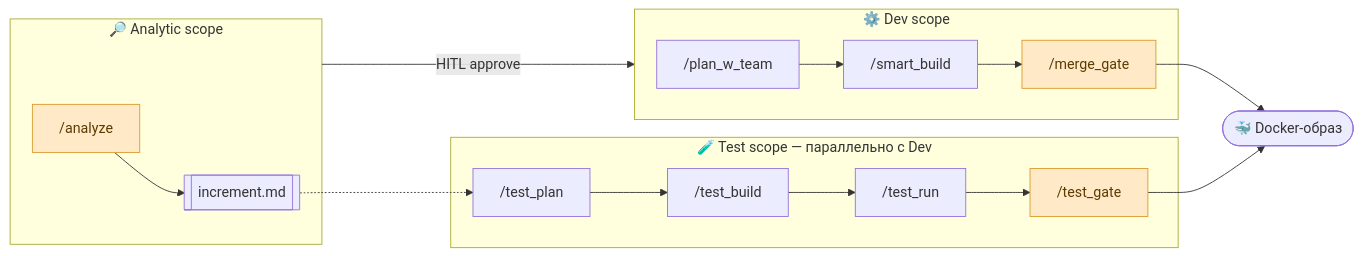
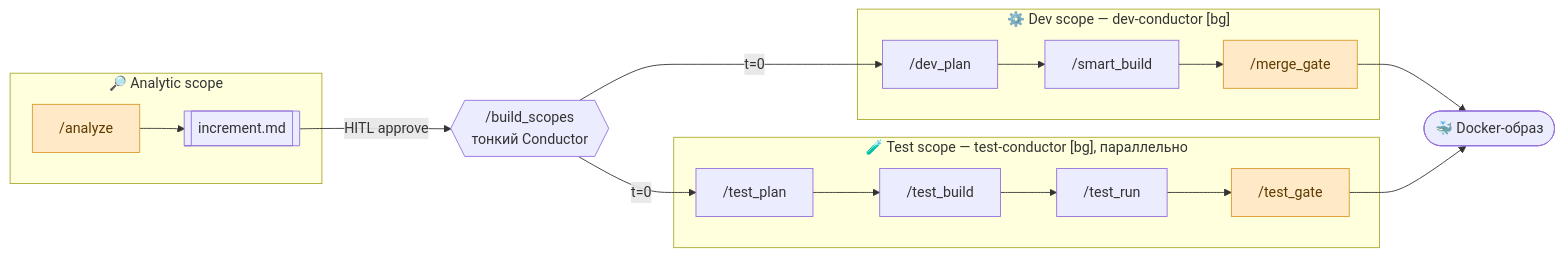
One commit to levon-avackimyanc/ms-platform changed the diagram in README.md. Above: the diagram before and after it, drawn with Mermaid. The commit also changed other lines of this file and 30 other files, not shown here.

First line of the commit message:
feat(scopes): parallel decoupled Dev/Test conductors

````diff
--- a/README.md
+++ b/README.md
@@ -28,19 +28,21 @@
 ```mermaid
 flowchart LR
     subgraph A["🔎 Analytic scope"]
         A1["/analyze"] --> A2[["increment.md"]]
     end
-    subgraph D["⚙️ Dev scope"]
-        D1["/plan_w_team"] --> D2["/smart_build"] --> D3["/merge_gate"]
+    BS{{"/build_scopes<br/>тонкий Conductor"}}
+    subgraph D["⚙️ Dev scope — dev-conductor [bg]"]
+        D1["/dev_plan"] --> D2["/smart_build"] --> D3["/merge_gate"]
     end
-    subgraph T["🧪 Test scope — параллельно с Dev"]
+    subgraph T["🧪 Test scope — test-conductor [bg], параллельно"]
         T1["/test_plan"] --> T2["/test_build"] --> T3["/test_run"] --> T4["/test_gate"]
     end
-    A -->|HITL approve| D
-    A2 -.-> T1
+    A2 -->|HITL approve| BS
+    BS -->|t=0| D1
+    BS -->|t=0| T1
     D3 --> OUT(["🐳 Docker-образ"])
     T4 --> OUT
 
     classDef gate fill:#ffe9c7,stroke:#d99a2b,color:#5c3b00;
     class A1,D3,T4 gate
 ```
````
